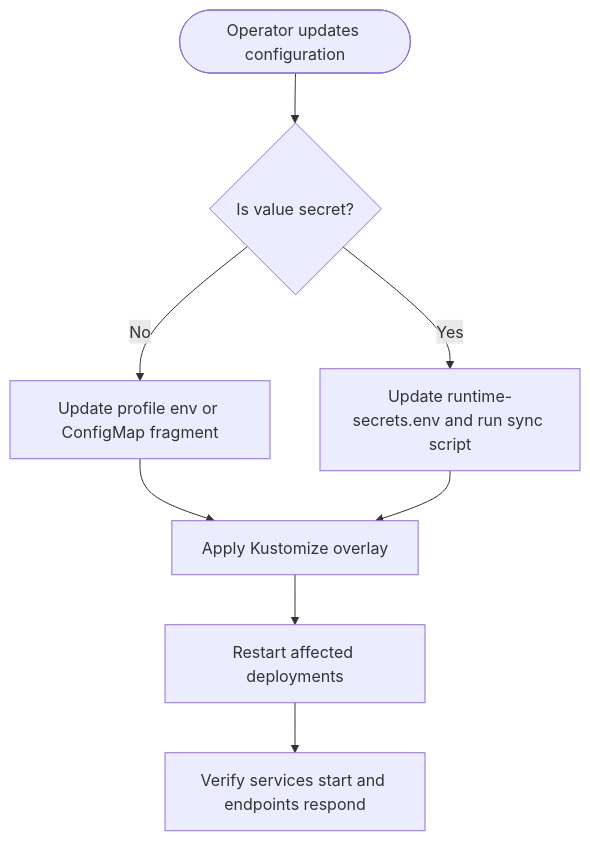
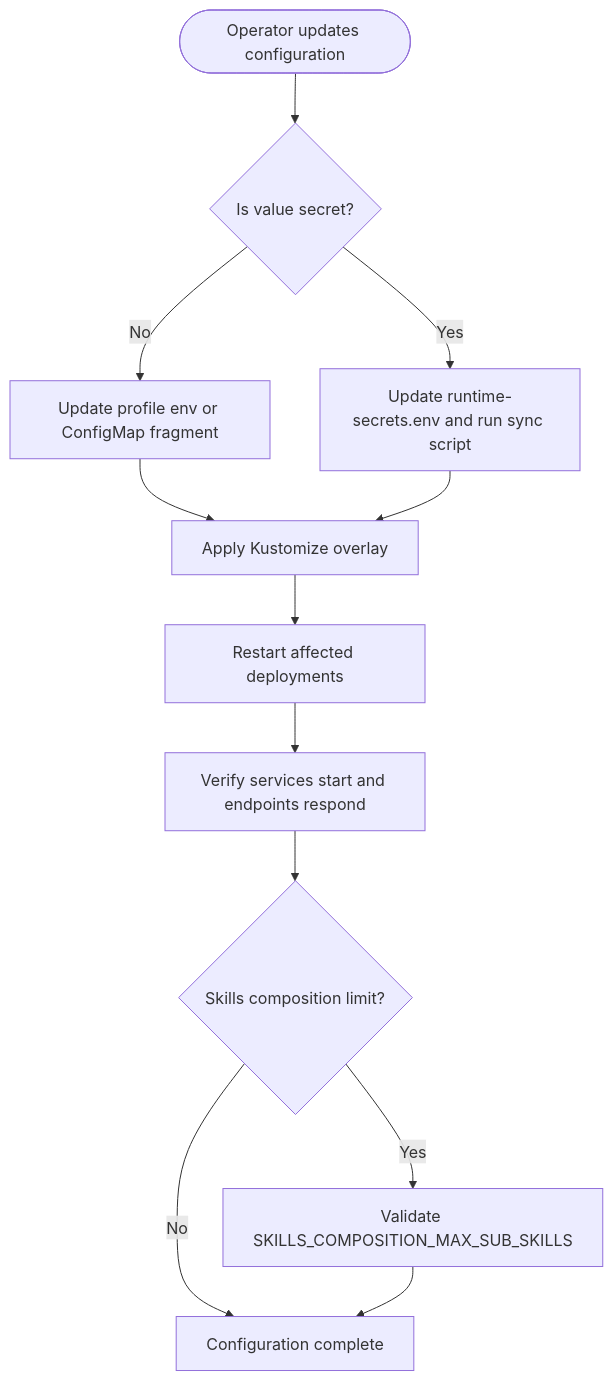
The third of 4 diagrams in .qoder/repowiki/en/content/Deployment and Operations/Configuration Management.md (metasync/luban-aiops), drawn with Mermaid before and after one commit. The commit also changed other lines of this file and 242 other files, not shown here.

````diff
--- a/.qoder/repowiki/en/content/Deployment and Operations/Configuration Management.md
+++ b/.qoder/repowiki/en/content/Deployment and Operations/Configuration Management.md
@@ -405,10 +494,14 @@
 ```mermaid
 flowchart TD
 Start(["Operator updates configuration"]) --> Type{"Is value secret?"}
 Type --> |No| UpdateCM["Update profile env or ConfigMap fragment"]
 Type --> |Yes| UpdateSecret["Update runtime-secrets.env and run sync script"]
 UpdateCM --> Apply["Apply Kustomize overlay"]
 UpdateSecret --> Apply
 Apply --> Restart["Restart affected deployments"]
 Restart --> Verify["Verify services start and endpoints respond"]
+Verify --> CompositionCheck{"Skills composition limit?"}
+CompositionCheck --> |Yes| ValidateLimits["Validate SKILLS_COMPOSITION_MAX_SUB_SKILLS"]
+CompositionCheck --> |No| Complete["Configuration complete"]
+ValidateLimits --> Complete
 ```
````
